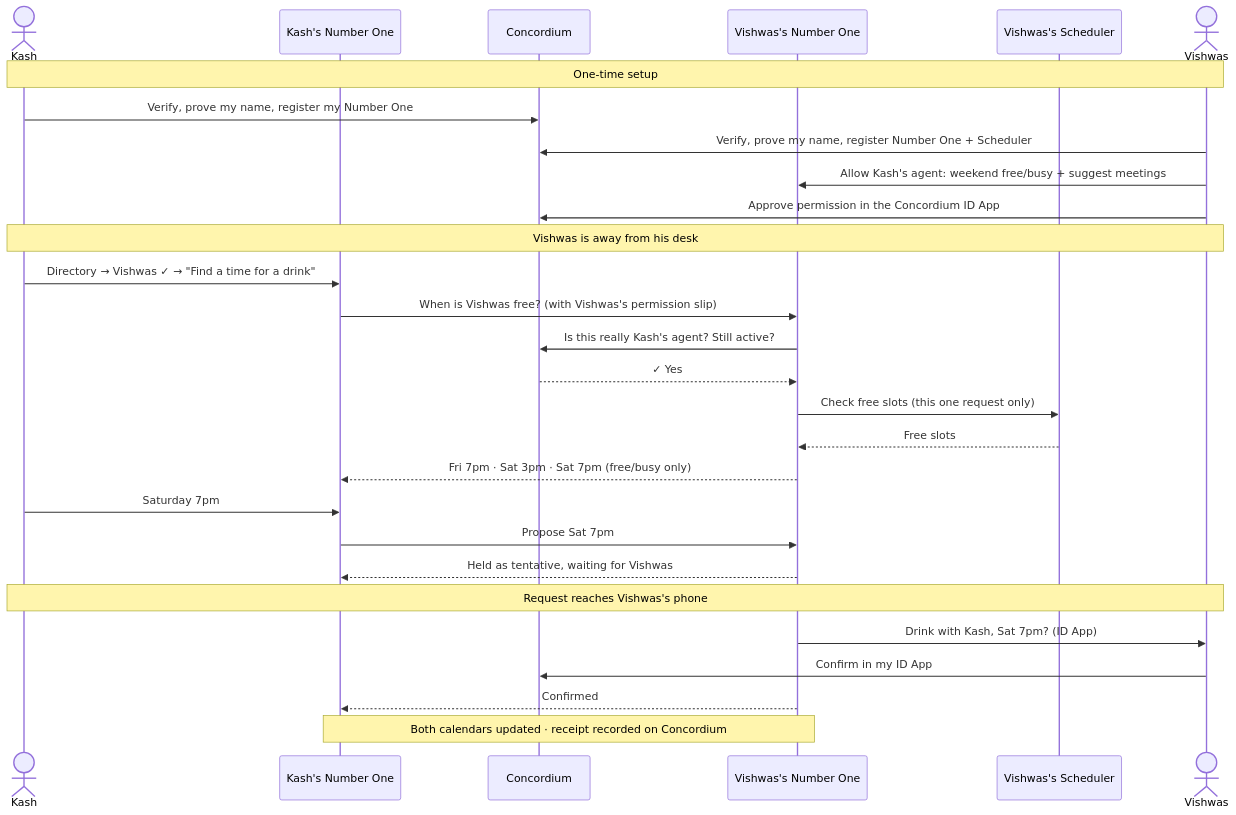
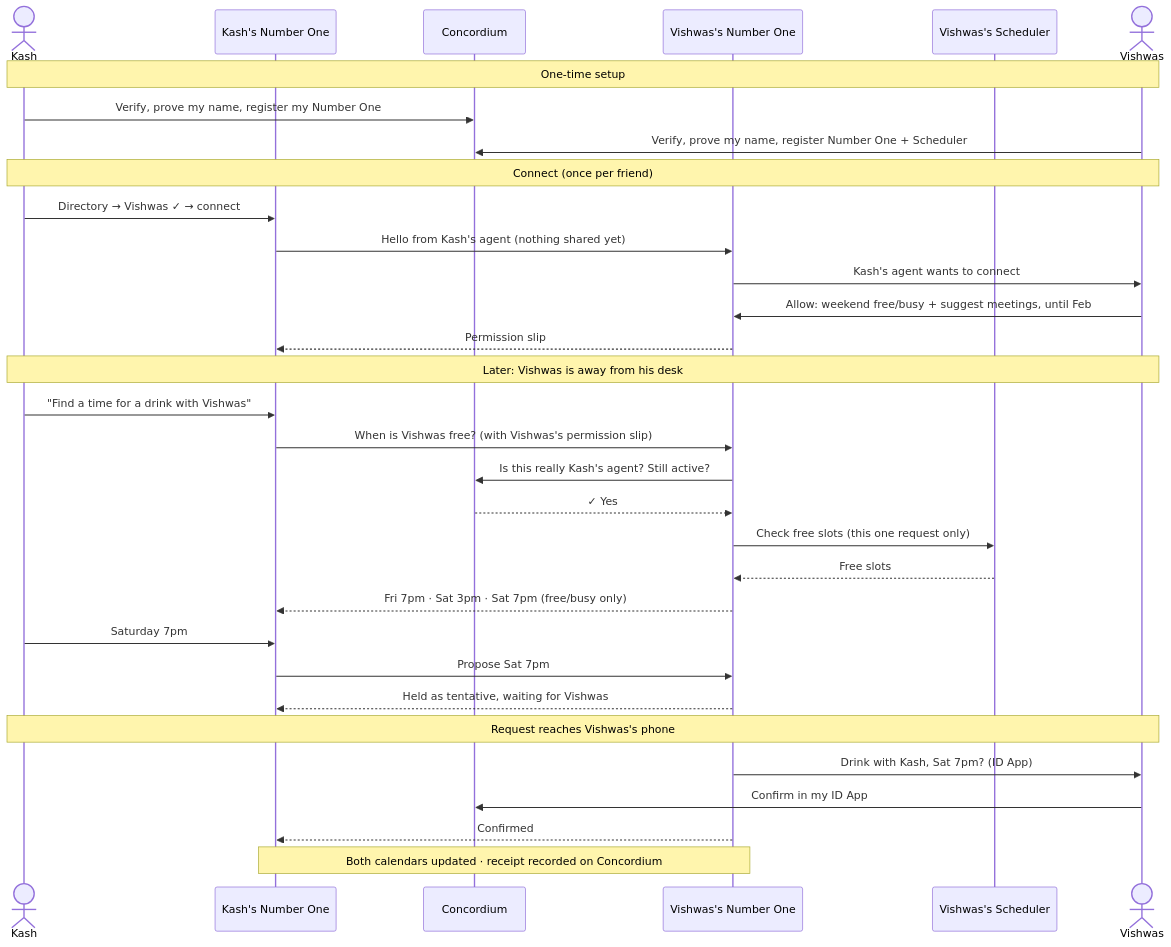
One commit to Vishwas1/number1-agent changed the first of 2 diagrams in business-overview.md. Above: the diagram before and after it, drawn with Mermaid. The commit also changed other lines of this file and 2 other files, not shown here.

Commit message:
updated documents

````diff
--- a/business-overview.md
+++ b/business-overview.md
@@ -49,33 +49,38 @@
 ```mermaid
 sequenceDiagram
     actor K as Kash
     participant KN as Kash's Number One
     participant C as Concordium
     participant VN as Vishwas's Number One
     participant VS as Vishwas's Scheduler
     actor V as Vishwas
 
     Note over K,V: One-time setup
     K->>C: Verify, prove my name, register my Number One
     V->>C: Verify, prove my name, register Number One + Scheduler
-    V->>VN: Allow Kash's agent: weekend free/busy + suggest meetings
-    V->>C: Approve permission in the Concordium ID App
 
-    Note over K,V: Vishwas is away from his desk
-    K->>KN: Directory → Vishwas ✓ → "Find a time for a drink"
+    Note over K,V: Connect (once per friend)
+    K->>KN: Directory → Vishwas ✓ → connect
+    KN->>VN: Hello from Kash's agent (nothing shared yet)
+    VN->>V: Kash's agent wants to connect
+    V->>VN: Allow: weekend free/busy + suggest meetings, until Feb
+    VN-->>KN: Permission slip
+
+    Note over K,V: Later: Vishwas is away from his desk
+    K->>KN: "Find a time for a drink with Vishwas"
     KN->>VN: When is Vishwas free? (with Vishwas's permission slip)
     VN->>C: Is this really Kash's agent? Still active?
     C-->>VN: ✓ Yes
     VN->>VS: Check free slots (this one request only)
     VS-->>VN: Free slots
     VN-->>KN: Fri 7pm · Sat 3pm · Sat 7pm (free/busy only)
     K->>KN: Saturday 7pm
     KN->>VN: Propose Sat 7pm
     VN-->>KN: Held as tentative, waiting for Vishwas
 
     Note over K,V: Request reaches Vishwas's phone
     VN->>V: Drink with Kash, Sat 7pm? (ID App)
     V->>C: Confirm in my ID App
     VN-->>KN: Confirmed
     Note over KN,VN: Both calendars updated · receipt recorded on Concordium
 ```
````
